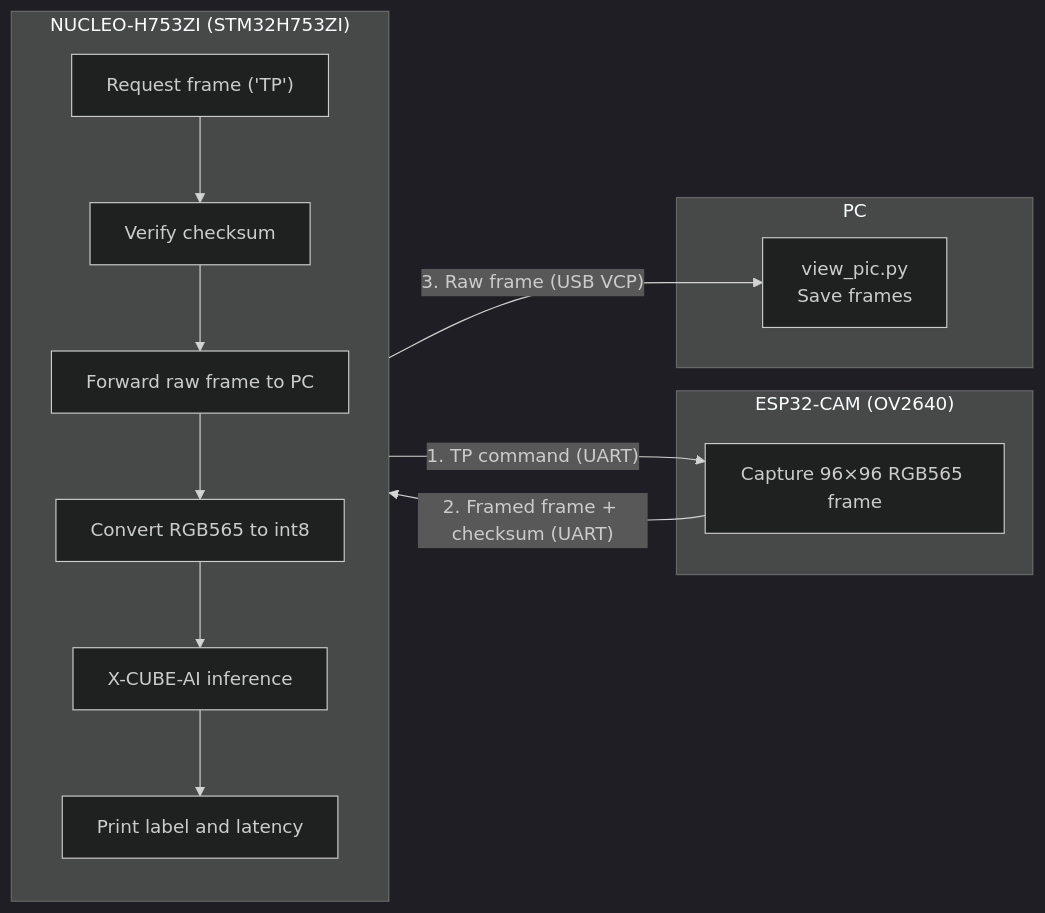
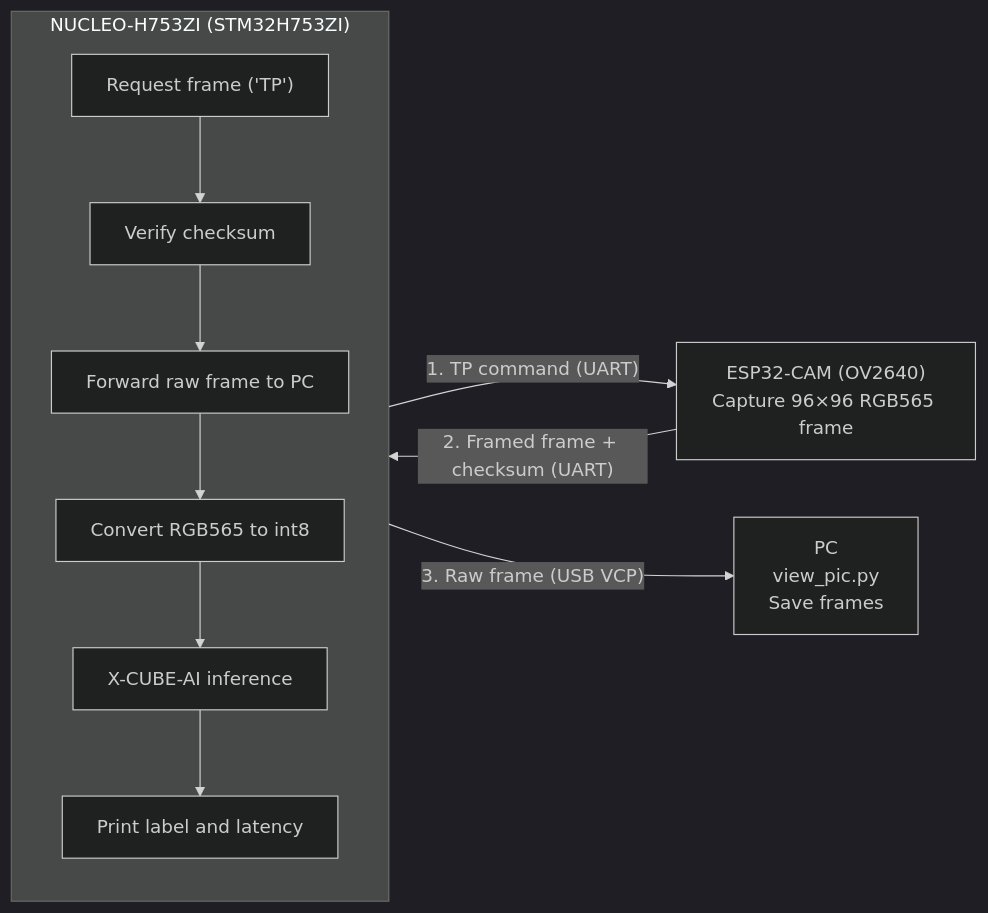
The diagram in README.md (Dhouhaga/Edge-Waste-Classifier_ESP32-CAM_STM32_X-CUBE-AI), drawn with Mermaid (dark theme) before and after one commit.

````diff
--- a/README.md
+++ b/README.md
@@ -29,25 +29,21 @@
 ```mermaid
 flowchart LR
+    CAM["ESP32-CAM (OV2640)<br/>Capture 96×96 RGB565 frame"]
+
     subgraph MCU["NUCLEO-H753ZI (STM32H753ZI)"]
         direction TB
         M0["Request frame ('TP')"]
         M1["Verify checksum"]
         M2["Forward raw frame to PC"]
         M3["Convert RGB565 to int8"]
         M4["X-CUBE-AI inference"]
         M5["Print label and latency"]
         M0 --> M1 --> M2 --> M3 --> M4 --> M5
     end
 
-    subgraph CAM["ESP32-CAM (OV2640)"]
-        C1["Capture 96×96 RGB565 frame"]
-    end
+    PC["PC<br/>view_pic.py<br/>Save frames"]
 
-    subgraph PC["PC"]
-        P1["view_pic.py<br/>Save frames"]
-    end
-
-    M0 -- "1. TP command (UART)" --> C1
-    C1 -- "2. Framed frame + checksum (UART)" --> M1
-    M2 -- "3. Raw frame (USB VCP)" --> P1
+    M0 -- "1. TP command (UART)" --> CAM
+    CAM -- "2. Framed frame + checksum (UART)" --> M1
+    M2 -- "3. Raw frame (USB VCP)" --> PC
 ```
````
